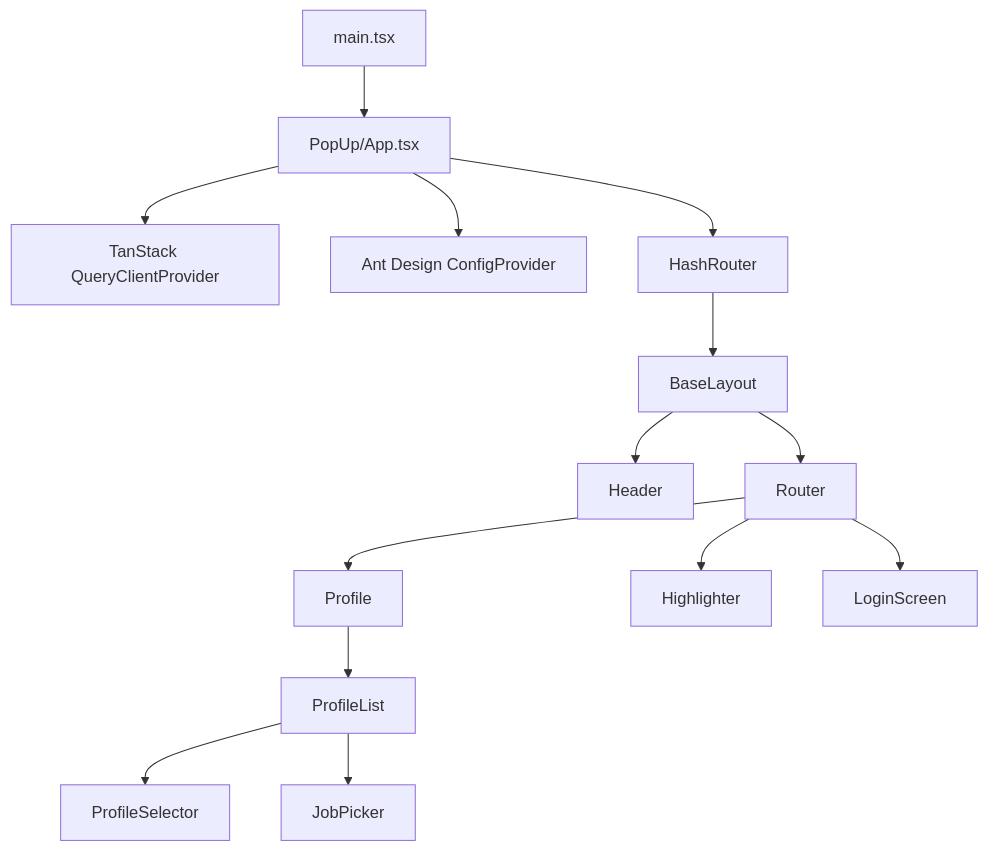
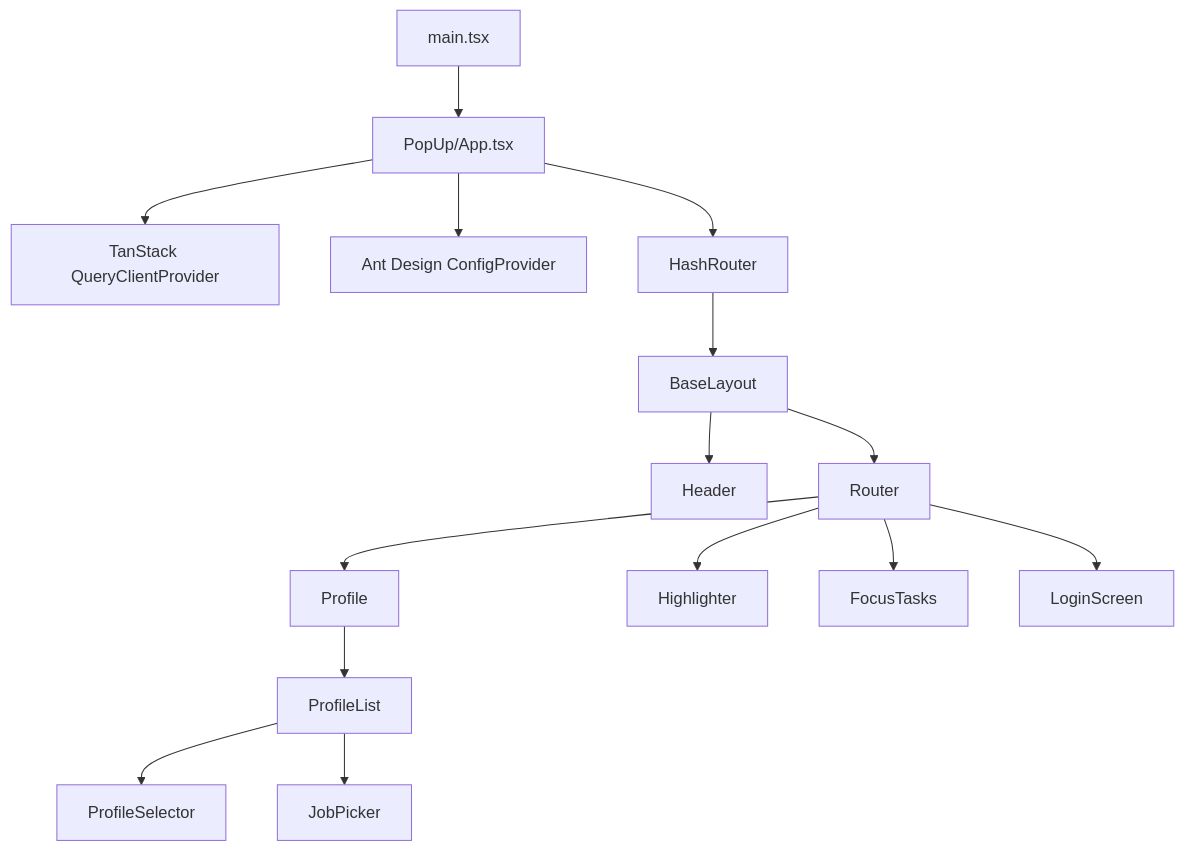
One commit to talentor-ai/navigator_extension changed the diagram in apps/extension/docs/architecture.md. Above: the diagram before and after it, drawn with Mermaid. The commit also changed other lines of this file and 21 other files, not shown here.

````diff
--- a/apps/extension/docs/architecture.md
+++ b/apps/extension/docs/architecture.md
@@ -151,16 +190,17 @@
 ```mermaid
 flowchart TD
     Main[main.tsx] --> App[PopUp/App.tsx]
     App --> Query[TanStack QueryClientProvider]
     App --> Theme[Ant Design ConfigProvider]
     App --> Router[HashRouter]
     Router --> Layout[BaseLayout]
     Layout --> Header[Header]
     Layout --> Routes[Router]
     Routes --> Profile[Profile]
     Profile --> ProfileList[ProfileList]
     ProfileList --> Selector[ProfileSelector]
     ProfileList --> JobPicker[JobPicker]
     Routes --> Highlighter[Highlighter]
+    Routes --> Focus[FocusTasks]
     Routes --> Login[LoginScreen]
 ```
````
